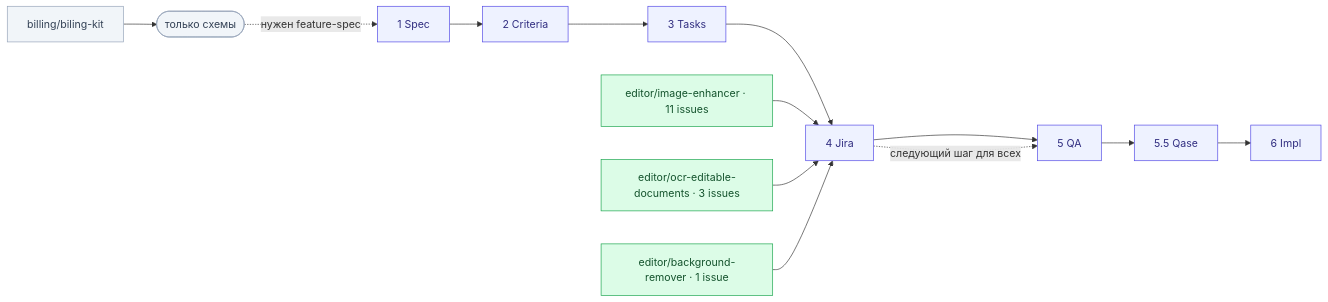
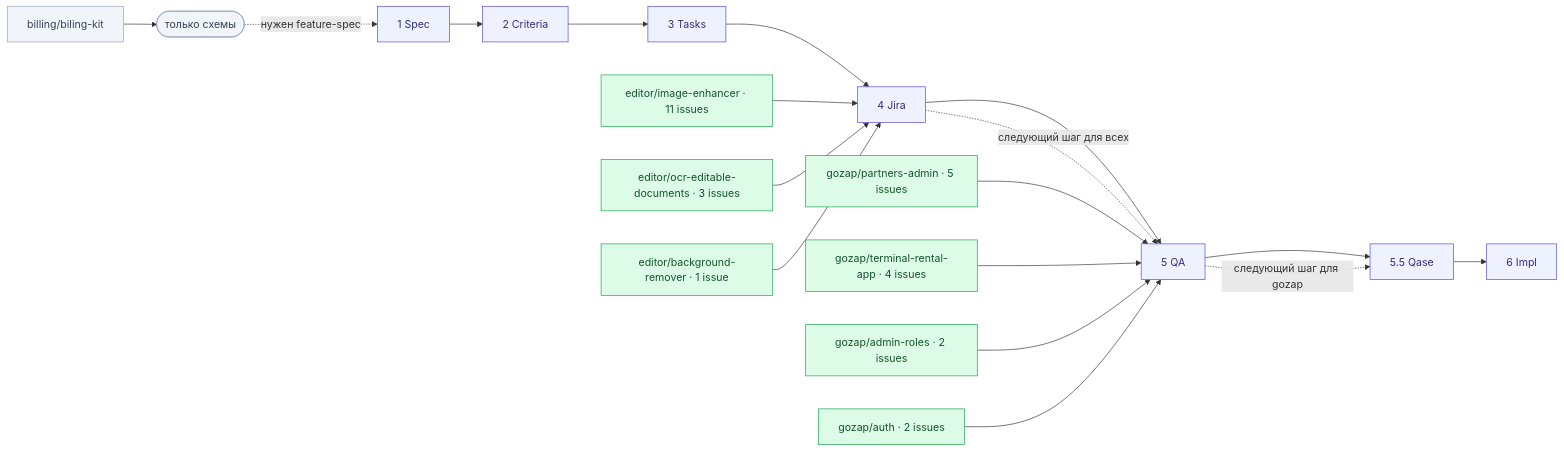
Before and after one commit to yatsin11-gif/example: the diagram in pdfbox-documentation-docs-human-readable-maps/sa/docs/SYSTEM-MAP.md, drawn with Mermaid. The commit also changed other lines of this file and 40 other files, not shown here.

````diff
--- a/pdfbox-documentation-docs-human-readable-maps/sa/docs/SYSTEM-MAP.md
+++ b/pdfbox-documentation-docs-human-readable-maps/sa/docs/SYSTEM-MAP.md
@@ -31,17 +35,23 @@
 ```mermaid
 flowchart LR
     classDef done fill:#dcfce7,stroke:#16a34a,color:#14532d;
     classDef planned fill:#f1f5f9,stroke:#94a3b8,color:#334155;
     classDef stage fill:#eef2ff,stroke:#4f46e5,color:#312e81;
 
     D([только схемы]):::planned
     SPEC[1 Spec]:::stage --> CRIT[2 Criteria]:::stage --> TASK[3 Tasks]:::stage --> JIRA[4 Jira]:::stage --> QA[5 QA]:::stage --> QASE[5.5 Qase]:::stage --> IMPL[6 Impl]:::stage
     D -.->|нужен feature-spec| SPEC
 
     IE[editor/image-enhancer · 11 issues]:::done --> JIRA
     OCR[editor/ocr-editable-documents · 3 issues]:::done --> JIRA
     BR[editor/background-remover · 1 issue]:::done --> JIRA
     BK[billing/biling-kit]:::planned --> D
 
+    PA[gozap/partners-admin · 5 issues]:::done --> QA
+    TRA[gozap/terminal-rental-app · 4 issues]:::done --> QA
+    AR[gozap/admin-roles · 2 issues]:::done --> QA
+    AU[gozap/auth · 2 issues]:::done --> QA
+
     JIRA -.->|следующий шаг для всех| QA
+    QA -.->|следующий шаг для gozap| QASE
 ```
````
